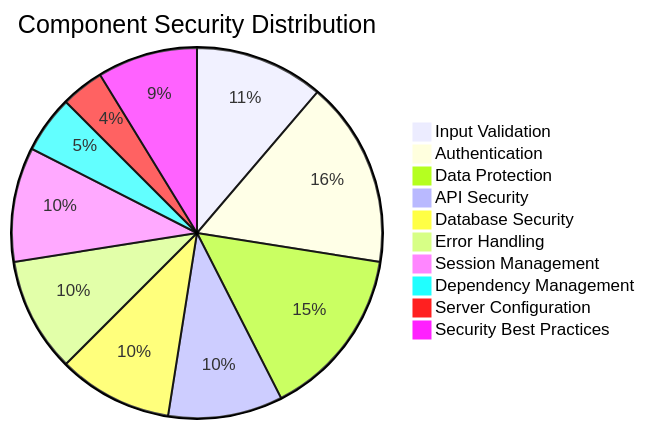
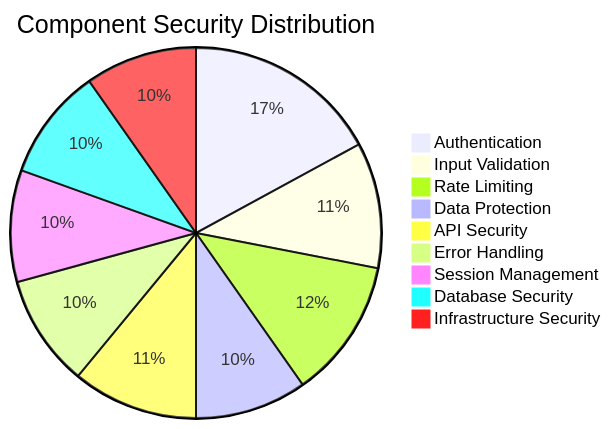
The second of 3 diagrams in docs/Security_Audit.md (danbiocchi/oxidizedoasis-websands), drawn with Mermaid before and after one commit. The commit also changed other lines of this file and 3 other files, not shown here.

````diff
--- a/docs/Security_Audit.md
+++ b/docs/Security_Audit.md
@@ -33,13 +32,12 @@
 ```mermaid
 pie title Component Security Distribution
+    "Authentication" : 14
     "Input Validation" : 9
-    "Authentication" : 13
-    "Data Protection" : 12
-    "API Security" : 8
-    "Database Security" : 8
+    "Rate Limiting" : 10
+    "Data Protection" : 8
+    "API Security" : 9
     "Error Handling" : 8
     "Session Management" : 8
-    "Dependency Management" : 4
-    "Server Configuration" : 3
-    "Security Best Practices" : 7
+    "Database Security" : 8
+    "Infrastructure Security" : 8
 ```
````
